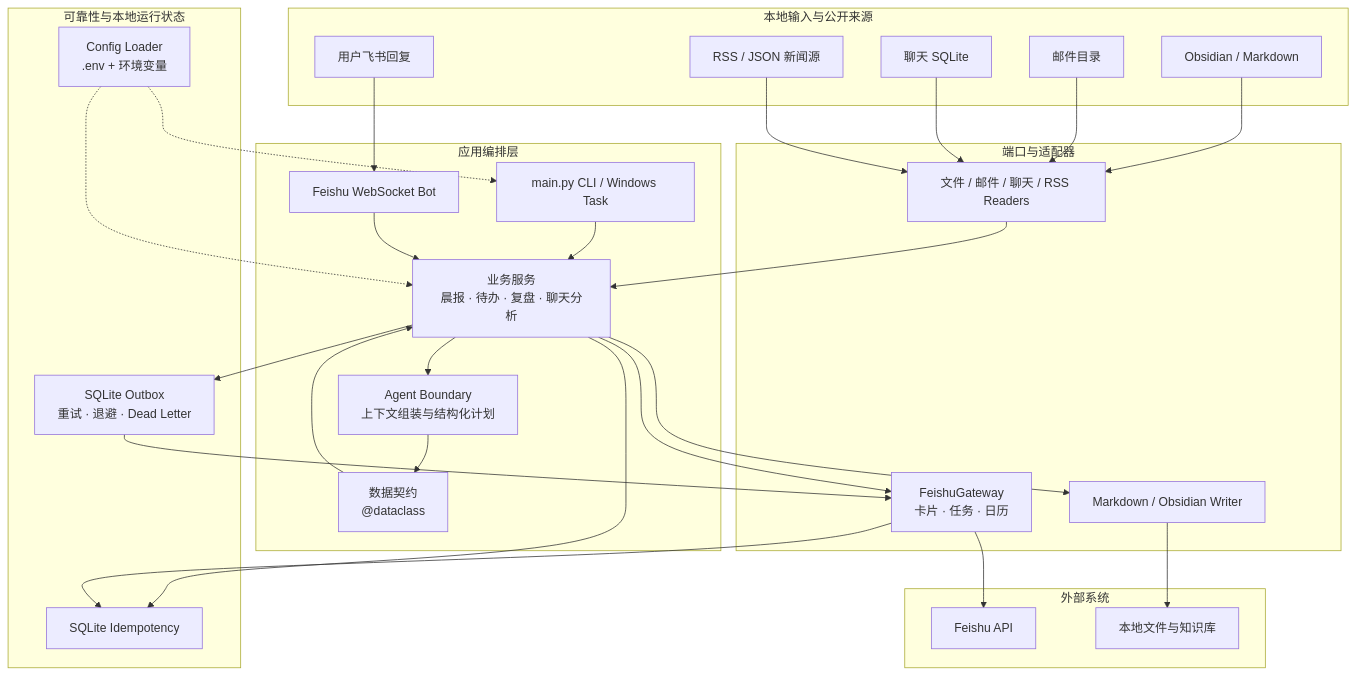
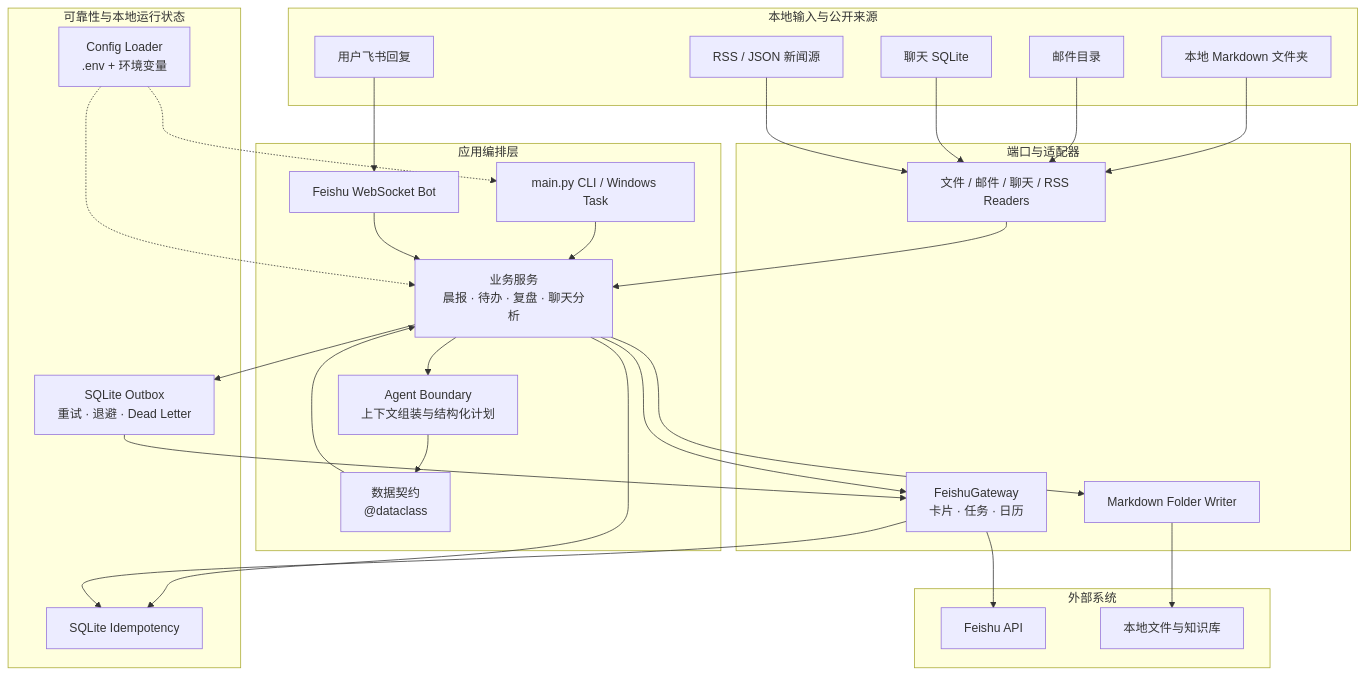
Before and after one commit to wxk2378643343-cloud/MorningBriefAgent: the diagram in README.md, drawn with Mermaid. The commit also changed other lines of this file and 8 other files, not shown here.

Commit message:
feat(knowledge): add safe local folder sync

````diff
--- a/README.md
+++ b/README.md
@@ -100,57 +100,57 @@
 ```mermaid
 flowchart TD
     subgraph Inputs["本地输入与公开来源"]
-        Vault["Obsidian / Markdown"]
+        Vault["本地 Markdown 文件夹"]
         Mail["邮件目录"]
         ChatDB["聊天 SQLite"]
         RSS["RSS / JSON 新闻源"]
         User["用户飞书回复"]
     end
 
     subgraph App["应用编排层"]
         CLI["main.py CLI / Windows Task"]
         Bot["Feishu WebSocket Bot"]
         Services["业务服务\n晨报 · 待办 · 复盘 · 聊天分析"]
         Agent["Agent Boundary\n上下文组装与结构化计划"]
         Contract["数据契约\n@dataclass"]
     end
 
     subgraph Reliability["可靠性与本地运行状态"]
         Config["Config Loader\n.env + 环境变量"]
         Idem["SQLite Idempotency"]
         Outbox["SQLite Outbox\n重试 · 退避 · Dead Letter"]
     end
 
     subgraph Adapters["端口与适配器"]
         Feishu["FeishuGateway\n卡片 · 任务 · 日历"]
         Readers["文件 / 邮件 / 聊天 / RSS Readers"]
-        LocalWriter["Markdown / Obsidian Writer"]
+        LocalWriter["Markdown Folder Writer"]
     end
 
     subgraph External["外部系统"]
         FeishuAPI["Feishu API"]
         LocalFiles["本地文件与知识库"]
     end
 
     Vault --> Readers
     Mail --> Readers
     ChatDB --> Readers
     RSS --> Readers
     User --> Bot
     CLI --> Services
     Bot --> Services
     Readers --> Services
     Services --> Agent
     Agent --> Contract
     Contract --> Services
     Config -.-> CLI
     Config -.-> Services
     Services --> Feishu
     Services --> LocalWriter
     Feishu --> FeishuAPI
     LocalWriter --> LocalFiles
     Services --> Idem
     Services --> Outbox
     Outbox --> Feishu
     Feishu --> Idem
 ```
````
